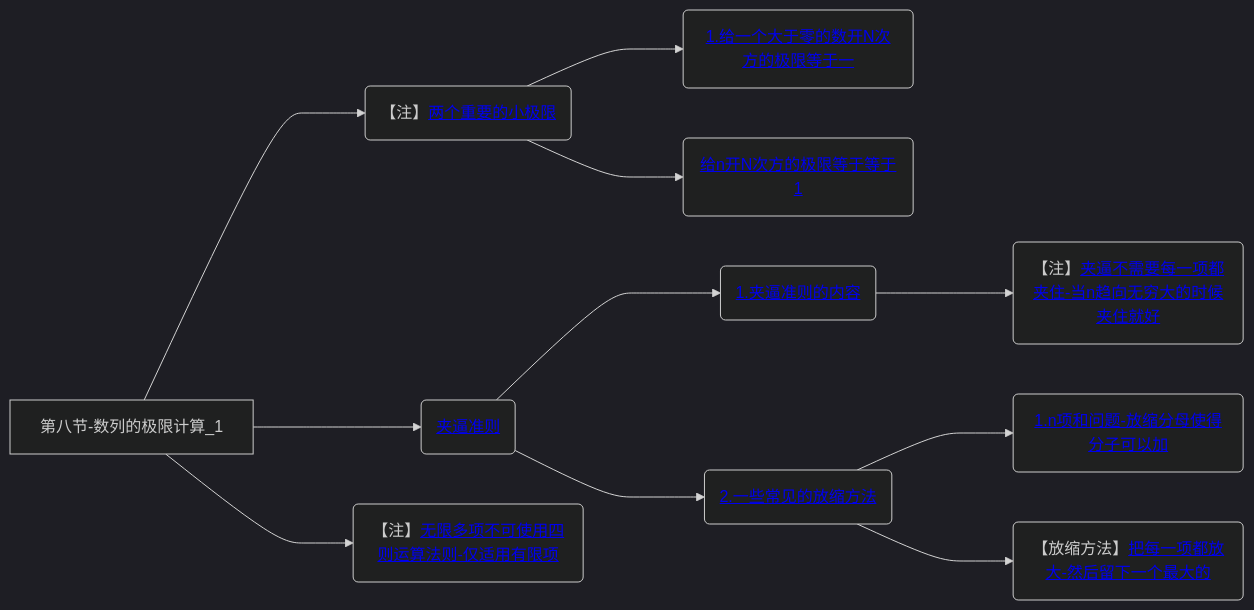
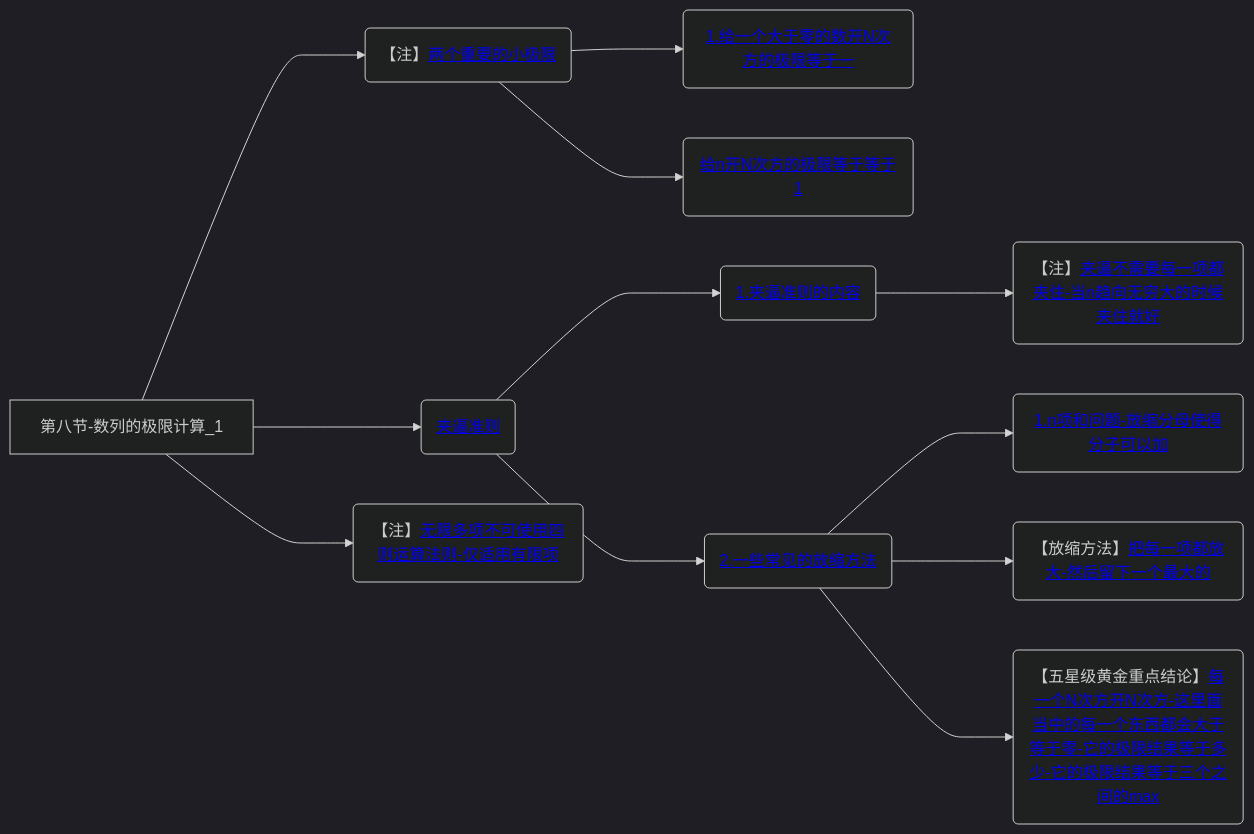
One commit to yuebinghui/note changed the eighth of 8 diagrams in 笔记/数学/周洋鑫/01.基础班思维导图.md. Above: the diagram before and after it, drawn with Mermaid (dark theme). The commit also changed 5 other files, not shown here.

````diff
--- a/笔记/数学/周洋鑫/01.基础班思维导图.md
+++ b/笔记/数学/周洋鑫/01.基础班思维导图.md
@@ -311,18 +311,19 @@
 ```mermaid
 graph LR
 第八节-数列的极限计算_1
 
 第八节-数列的极限计算_1--->两个重要的小极限(【注】<a href="/Users/yuebinghui/Documents/program/github/note/笔记/数学/周洋鑫/基础班/08.数列的极限计算_1.md#两个重要的小极限">两个重要的小极限</>)
 两个重要的小极限--->1.给一个大于零的数开N次方的极限等于一(<a href="/Users/yuebinghui/Documents/program/github/note/笔记/数学/周洋鑫/基础班/08.数列的极限计算_1.md#1.给一个大于零的数开N次方的极限等于一">1.给一个大于零的数开N次方的极限等于一</>)
 两个重要的小极限--->给n开N次方的极限等于等于1(<a href="/Users/yuebinghui/Documents/program/github/note/笔记/数学/周洋鑫/基础班/08.数列的极限计算_1.md#给n开N次方的极限等于等于1">给n开N次方的极限等于等于1</>)
 
 第八节-数列的极限计算_1--->夹逼准则(<a href="/Users/yuebinghui/Documents/program/github/note/笔记/数学/周洋鑫/基础班/08.数列的极限计算_1.md#夹逼准则">夹逼准则</>)
 夹逼准则--->1.夹逼准则的内容(<a href="/Users/yuebinghui/Documents/program/github/note/笔记/数学/周洋鑫/基础班/08.数列的极限计算_1.md#1.夹逼准则的内容">1.夹逼准则的内容</>)
 1.夹逼准则的内容--->夹逼不需要每一项都夹住-当n趋向无穷大的时候夹住就好(【注】<a href="/Users/yuebinghui/Documents/program/github/note/笔记/数学/周洋鑫/基础班/08.数列的极限计算_1.md#夹逼不需要每一项都夹住-当n趋向无穷大的时候夹住就好">夹逼不需要每一项都夹住-当n趋向无穷大的时候夹住就好</>)
 
 第八节-数列的极限计算_1--->无限多项不可使用四则运算法则-仅适用有限项(【注】<a href="/Users/yuebinghui/Documents/program/github/note/笔记/数学/周洋鑫/基础班/08.数列的极限计算_1.md#无限多项不可使用四则运算法则-仅适用有限项">无限多项不可使用四则运算法则-仅适用有限项</>)
 
 夹逼准则--->2.一些常见的放缩方法(<a href="/Users/yuebinghui/Documents/program/github/note/笔记/数学/周洋鑫/基础班/08.数列的极限计算_1.md#2.一些常见的放缩方法">2.一些常见的放缩方法</>)
 2.一些常见的放缩方法--->1.n项和问题-放缩分母使得分子可以加(<a href="/Users/yuebinghui/Documents/program/github/note/笔记/数学/周洋鑫/基础班/08.数列的极限计算_1.md#1.n项和问题-放缩分母使得分子可以加">1.n项和问题-放缩分母使得分子可以加</>)
 2.一些常见的放缩方法--->把每一项都放大-然后留下一个最大的(【放缩方法】<a href="/Users/yuebinghui/Documents/program/github/note/笔记/数学/周洋鑫/基础班/08.数列的极限计算_1.md#把每一项都放大-然后留下一个最大的">把每一项都放大-然后留下一个最大的</>)
+2.一些常见的放缩方法--->每一个N次方开N次方-这里面当中的每一个东西都会大于等于零-它的极限结果等于多少-它的极限结果等于三个之间的max(【五星级黄金重点结论】<a href="/Users/yuebinghui/Documents/program/github/note/笔记/数学/周洋鑫/基础班/08.数列的极限计算_1.md#每一个N次方开N次方-这里面当中的每一个东西都会大于等于零-它的极限结果等于多少-它的极限结果等于三个之间的max">每一个N次方开N次方-这里面当中的每一个东西都会大于等于零-它的极限结果等于多少-它的极限结果等于三个之间的max</>)
 ```
````
